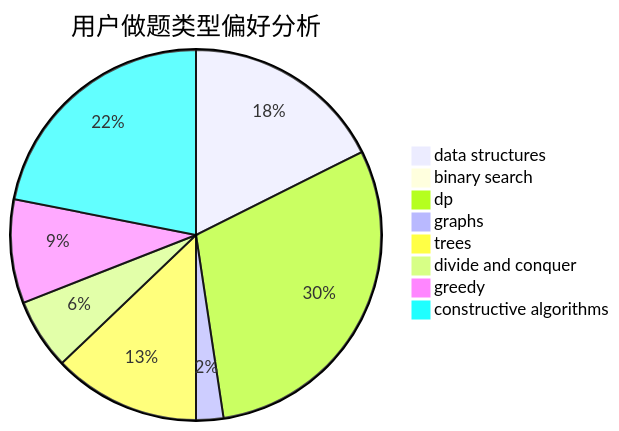
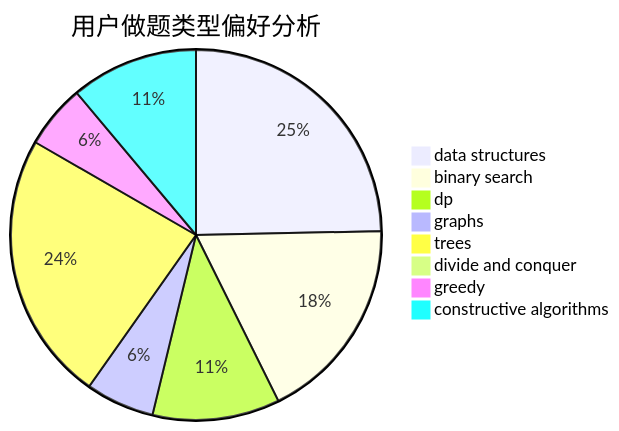
The second of 3 diagrams in docs/user/u2298.md (sherpahu/cfrs.github.io), drawn with Mermaid before and after one commit. The commit also changed other lines of this file and 2770 other files, not shown here.

````diff
--- a/docs/user/u2298.md
+++ b/docs/user/u2298.md
@@ -23,11 +23,11 @@
 ```mermaid
 pie title 用户做题类型偏好分析
-    "data structures" :  37
-    "binary search" :  0
-    "dp" :  63
-    "graphs" :  5
-    "trees" :  27
-    "divide and conquer" :  13
-    "greedy" :  19
-    "constructive algorithms" :  46
+    "data structures" :  111
+    "binary search" :  81
+    "dp" :  50
+    "graphs" :  27
+    "trees" :  106
+    "divide and conquer" :  0
+    "greedy" :  25
+    "constructive algorithms" :  50
 ```
````
